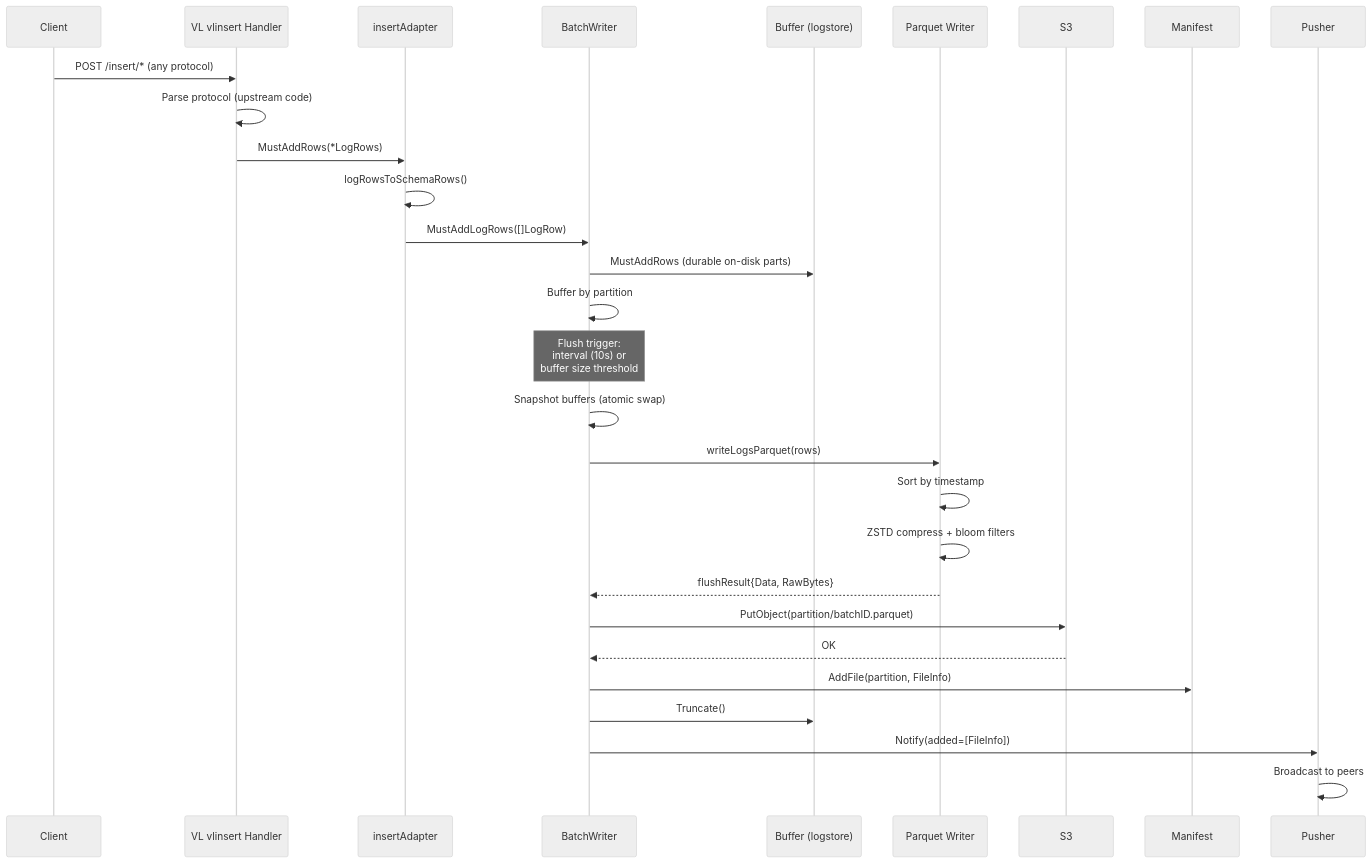
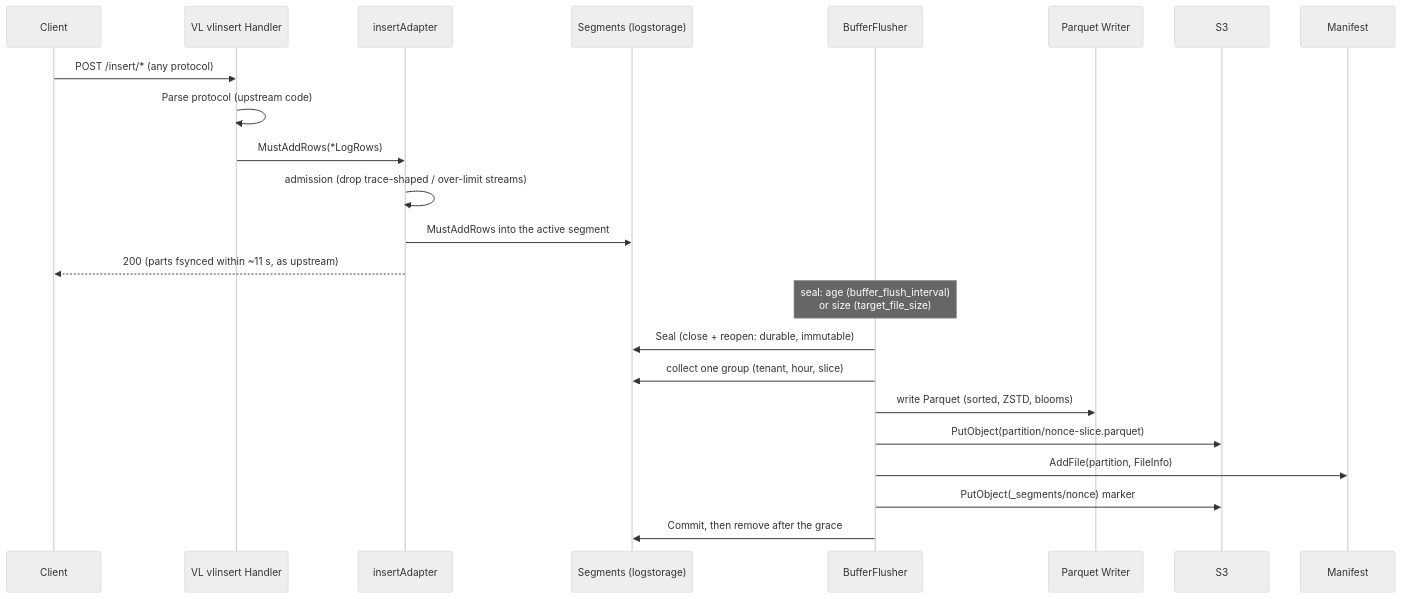
The second of 17 diagrams in docs/storage-flow.md (ReliablyObserve/victoria-lakehouse), drawn with Mermaid (neutral theme) before and after one commit. The commit also changed other lines of this file and 297 other files, not shown here.

First line of the commit message:
feat(insert): durable by default — the insert buffer is upstream storage cut by ingest time (both binaries) (#345)

````diff
--- a/docs/storage-flow.md
+++ b/docs/storage-flow.md
@@ -47,35 +46,28 @@
 ```mermaid
 sequenceDiagram
     participant C as Client
     participant VLH as VL vlinsert Handler
     participant A as insertAdapter
-    participant BW as BatchWriter
-    participant W as Buffer (logstore)
+    participant SEG as Segments (logstorage)
+    participant F as BufferFlusher
     participant PW as Parquet Writer
     participant S3 as S3
     participant M as Manifest
-    participant P as Pusher
 
     C->>VLH: POST /insert/* (any protocol)
     VLH->>VLH: Parse protocol (upstream code)
     VLH->>A: MustAddRows(*LogRows)
-    A->>A: logRowsToSchemaRows()
-    A->>BW: MustAddLogRows([]LogRow)
-    BW->>W: MustAddRows (durable on-disk parts)
-    BW->>BW: Buffer by partition
-    
-    Note over BW: Flush trigger:<br/>interval (10s) or<br/>buffer size threshold
+    A->>A: admission (drop trace-shaped / over-limit streams)
+    A->>SEG: MustAddRows into the active segment
+    A-->>C: 200 (parts fsynced within ~11 s, as upstream)
 
-    BW->>BW: Snapshot buffers (atomic swap)
-    BW->>PW: writeLogsParquet(rows)
-    PW->>PW: Sort by timestamp
-    PW->>PW: ZSTD compress + bloom filters
-    PW-->>BW: flushResult{Data, RawBytes}
-    
-    BW->>S3: PutObject(partition/batchID.parquet)
-    S3-->>BW: OK
-    BW->>M: AddFile(partition, FileInfo)
-    BW->>W: Truncate()
-    BW->>P: Notify(added=[FileInfo])
-    P->>P: Broadcast to peers
+    Note over F: seal: age (buffer_flush_interval)<br/>or size (target_file_size)
+
+    F->>SEG: Seal (close + reopen: durable, immutable)
+    F->>SEG: collect one group (tenant, hour, slice)
+    F->>PW: write Parquet (sorted, ZSTD, blooms)
+    F->>S3: PutObject(partition/nonce-slice.parquet)
+    F->>M: AddFile(partition, FileInfo)
+    F->>S3: PutObject(_segments/nonce) marker
+    F->>SEG: Commit, then remove after the grace
 ```
````
